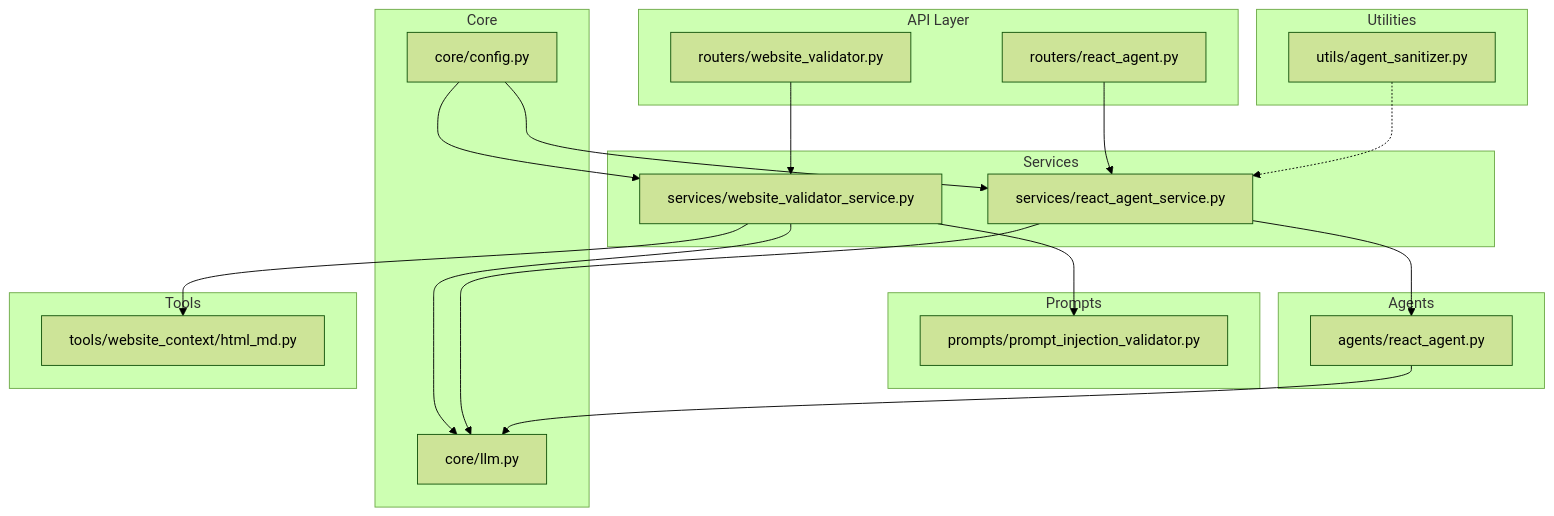
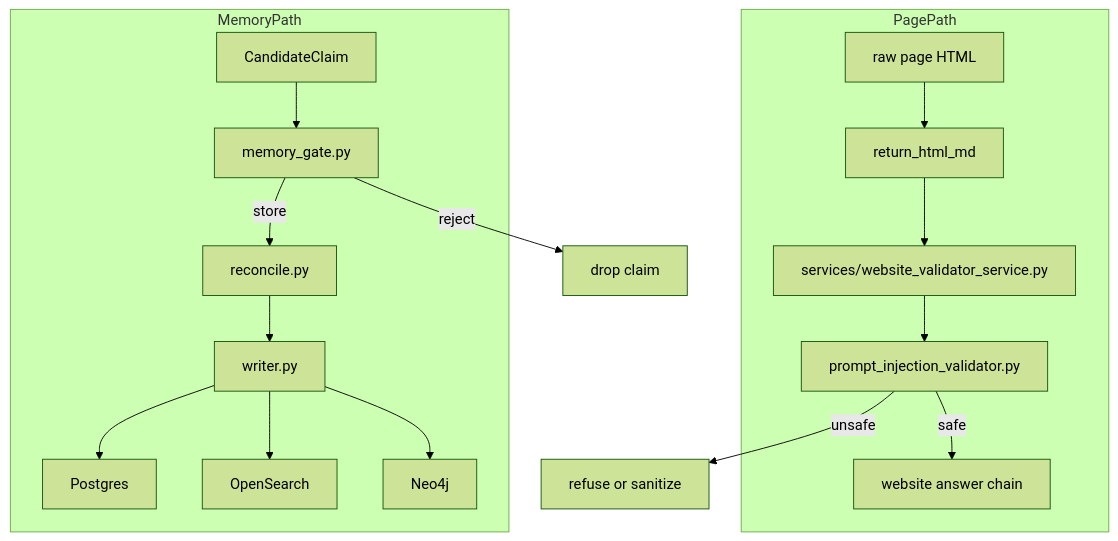
Before and after one commit to tashifkhan/tashif.codes: the first of 7 diagrams in src/data/docs/agentic-browser/Prompts and Prompt Engineering/Prompt Security and Validation.md, drawn with Mermaid (forest theme). The commit also changed other lines of this file and 114 other files, not shown here.

````diff
--- a/src/data/docs/agentic-browser/Prompts and Prompt Engineering/Prompt Security and Validation.md
+++ b/src/data/docs/agentic-browser/Prompts and Prompt Engineering/Prompt Security and Validation.md
@@ -15,38 +17,31 @@
 ```mermaid
 graph TB
-subgraph "API Layer"
-R1["routers/website_validator.py"]
-R2["routers/react_agent.py"]
-end
-subgraph "Services"
-S1["services/website_validator_service.py"]
-S2["services/react_agent_service.py"]
-end
-subgraph "Prompts"
-P1["prompts/prompt_injection_validator.py"]
-end
-subgraph "Agents"
-A1["agents/react_agent.py"]
-end
-subgraph "Utilities"
-U1["utils/agent_sanitizer.py"]
-end
-subgraph "Core"
-C1["core/llm.py"]
-C2["core/config.py"]
-end
-subgraph "Tools"
-T1["tools/website_context/html_md.py"]
-end
-R1 --> S1
-R2 --> S2
-S1 --> P1
-S1 --> T1
-S1 --> C1
-S2 --> A1
-S2 --> C1
-A1 --> C1
-U1 -.-> S2
-C2 --> S1
-C2 --> S2
+  subgraph PagePath
+    HTML["raw page HTML"]
+    MD["return_html_md"]
+    VAL["prompt_injection_validator.py"]
+    WVS["services/website_validator_service.py"]
+    ANS["website answer chain"]
+  end
+  subgraph MemoryPath
+    CAND["CandidateClaim"]
+    GATE["memory_gate.py"]
+    REC["reconcile.py"]
+    WR["writer.py"]
+    PG["Postgres"]
+    OS["OpenSearch"]
+    N4["Neo4j"]
+  end
+  HTML --> MD
+  MD --> WVS
+  WVS --> VAL
+  VAL -->|safe| ANS
+  VAL -->|unsafe| BLOCK["refuse or sanitize"]
+  CAND --> GATE
+  GATE -->|store| REC
+  GATE -->|reject| DROP["drop claim"]
+  REC --> WR
+  WR --> PG
+  WR --> OS
+  WR --> N4
 ```
````
